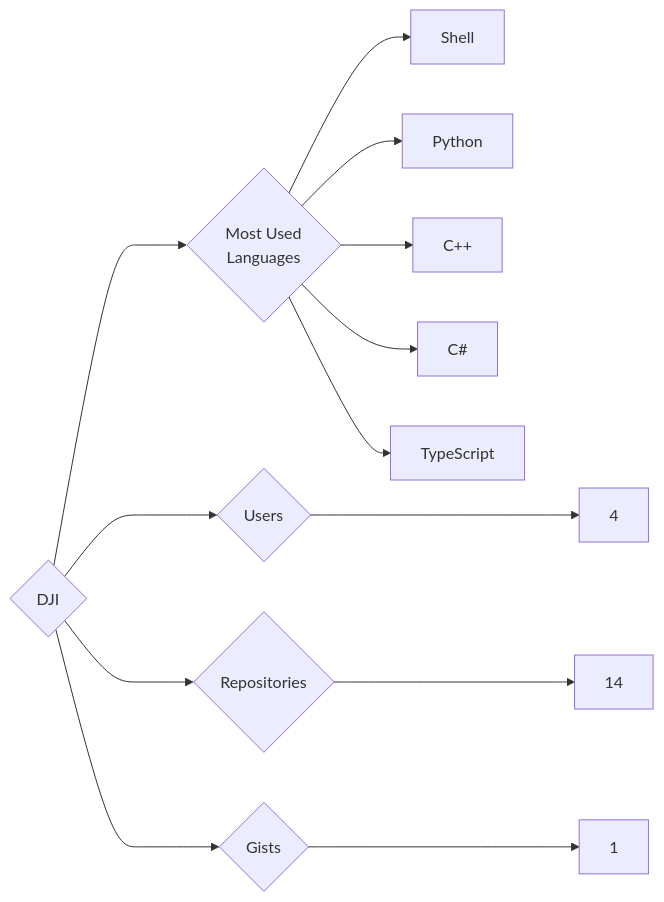
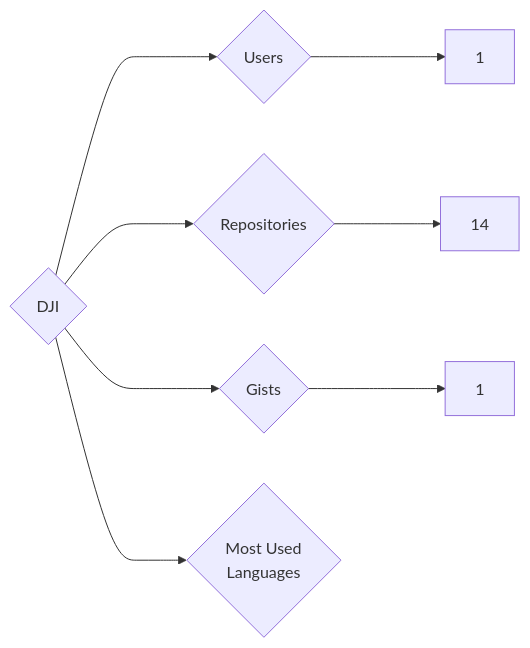
The diagram in targets/DJI/README.md (trickest/insiders), drawn with Mermaid before and after one commit. The commit also changed 1166 other files, not shown here.

````diff
--- a/targets/DJI/README.md
+++ b/targets/DJI/README.md
@@ -3,13 +3,8 @@
 ```mermaid
 graph LR
 COMPANY_NAME{DJI}
-COMPANY_NAME ---> U{Users} ---> UN[4]
+COMPANY_NAME ---> U{Users} ---> UN[1]
 COMPANY_NAME ---> R{Repositories} ---> RN[14]
 COMPANY_NAME ---> G{Gists} ---> GN[1]
 COMPANY_NAME ---> ML{Most Used<br>Languages}
-ML --> Shell[Shell]
-ML --> Python[Python]
-ML --> C++[C++]
-ML --> C#[C#]
-ML --> TypeScript[TypeScript]
 ```
````
